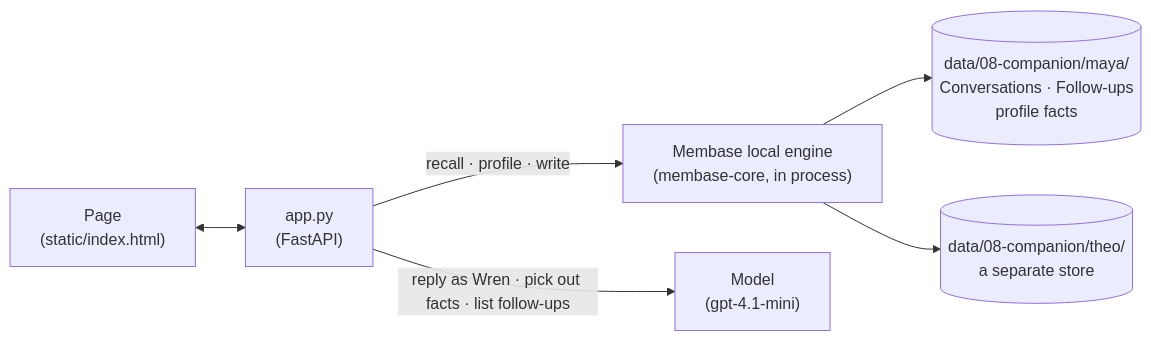
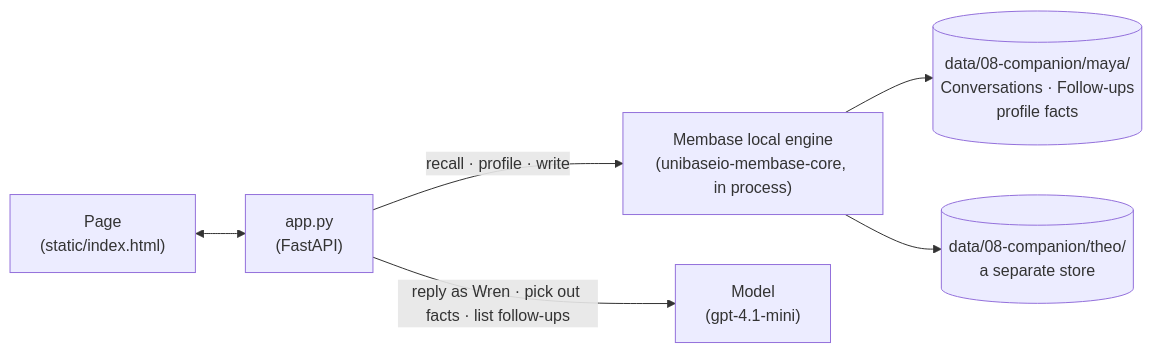
The diagram in 08-companion/README.md (unibaseio/membase-use-cases), drawn with Mermaid before and after one commit. The commit also changed other lines of this file and 13 other files, not shown here.

First line of the commit message:
Name the local engine unibaseio-membase-core, its distribution name since 0.3.0

````diff
--- a/08-companion/README.md
+++ b/08-companion/README.md
@@ -38,8 +38,8 @@
 ```mermaid
 flowchart LR
   P["Page<br/>(static/index.html)"] <--> A["app.py<br/>(FastAPI)"]
-  A -- "recall · profile · write" --> E["Membase local engine<br/>(membase-core, in process)"]
+  A -- "recall · profile · write" --> E["Membase local engine<br/>(unibaseio-membase-core, in process)"]
   E --> DM[("data/08-companion/maya/<br/>Conversations · Follow-ups<br/>profile facts")]
   E --> DT[("data/08-companion/theo/<br/>a separate store")]
   A -- "reply as Wren · pick out facts · list follow-ups" --> L["Model<br/>(gpt-4.1-mini)"]
 ```
````
